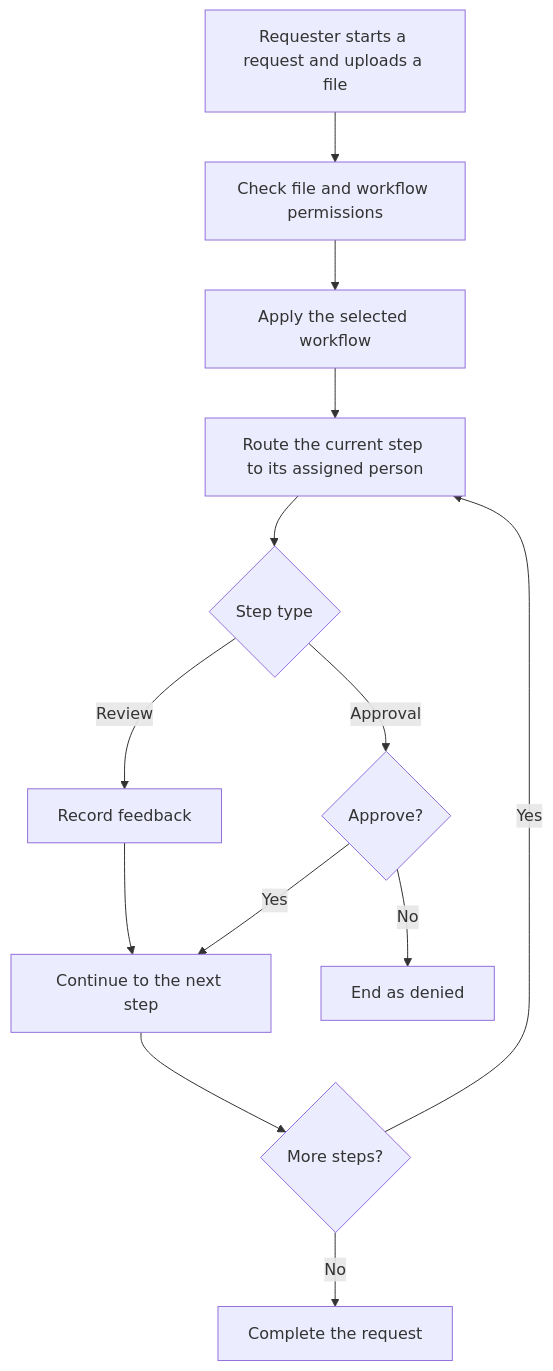
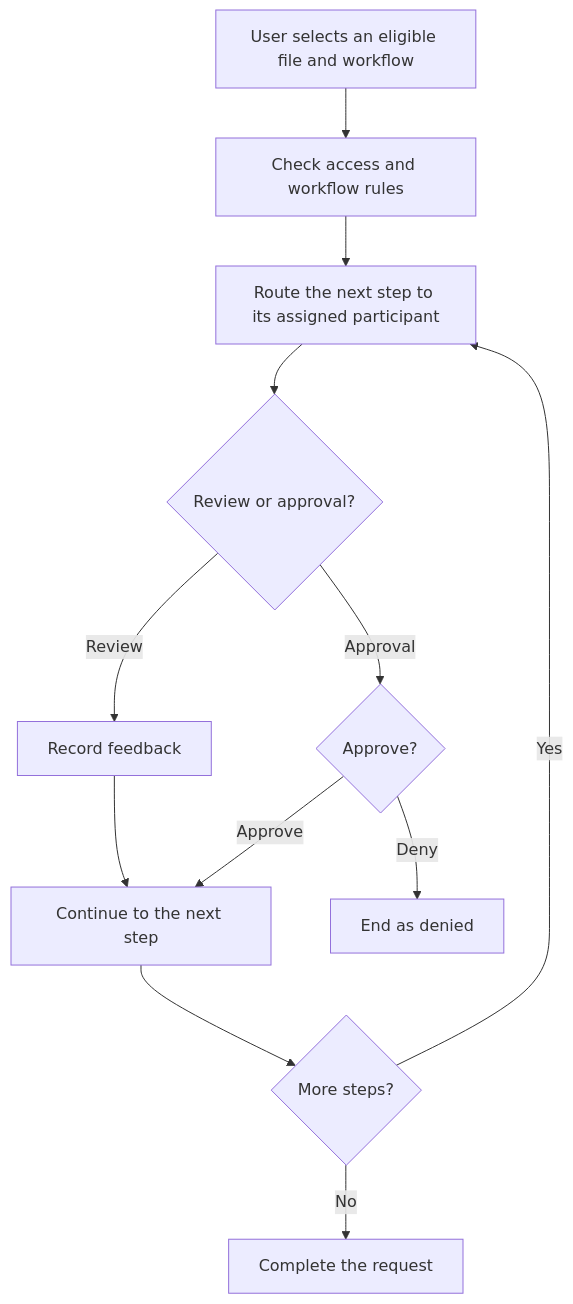
Before and after one commit to clrzr/clrzr.github.io: the first of 2 diagrams in _case_studies/approvalflow.md, drawn with Mermaid. The commit also changed other lines of this file, not shown here.

Commit message:
Rewrite ApprovalFlow narrative

````diff
--- a/_case_studies/approvalflow.md
+++ b/_case_studies/approvalflow.md
@@ -22,15 +24,14 @@
 ```mermaid
 flowchart TD
-    Start["Requester starts a request and uploads a file"] --> Access["Check file and workflow permissions"]
-    Access --> Workflow["Apply the selected workflow"]
-    Workflow --> Route["Route the current step to its assigned person"]
-    Route --> Step{"Step type"}
-    Step -->|"Review"| Feedback["Record feedback"]
-    Step -->|"Approval"| Decision{"Approve?"}
+    Start["User selects an eligible file and workflow"] --> Validate["Check access and workflow rules"]
+    Validate --> Route["Route the next step to its assigned participant"]
+    Route --> Type{"Review or approval?"}
+    Type -->|"Review"| Feedback["Record feedback"]
+    Type -->|"Approval"| Decision{"Approve?"}
     Feedback --> Continue["Continue to the next step"]
-    Decision -->|"Yes"| Continue
-    Decision -->|"No"| Denied["End as denied"]
+    Decision -->|"Approve"| Continue
+    Decision -->|"Deny"| Denied["End as denied"]
     Continue --> More{"More steps?"}
     More -->|"Yes"| Route
     More -->|"No"| Complete["Complete the request"]
 ```
````
